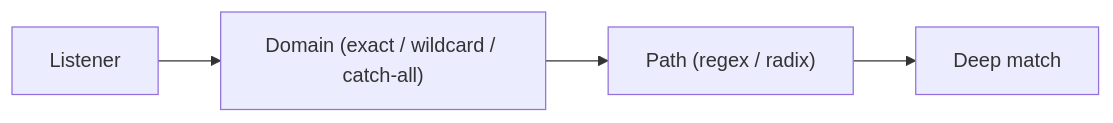
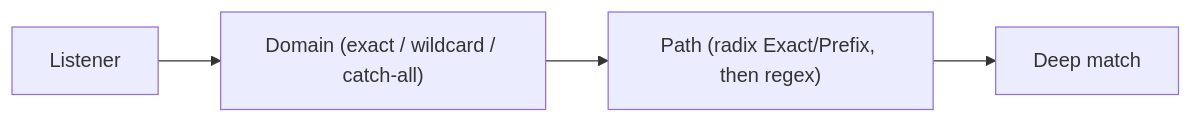
The first of 2 diagrams in skills/01-architecture/02-gateway/03-routes/SKILL.md (Pandaala/Edgion), drawn with Mermaid before and after one commit. The commit also changed other lines of this file and 2559 other files, not shown here.

````diff
--- a/skills/01-architecture/02-gateway/03-routes/SKILL.md
+++ b/skills/01-architecture/02-gateway/03-routes/SKILL.md
@@ -22,6 +22,6 @@
 ```mermaid
 flowchart LR
     A["Listener"] --> B["Domain (exact / wildcard / catch-all)"]
-    B --> C["Path (regex / radix)"]
+    B --> C["Path (radix Exact/Prefix, then regex)"]
     C --> D["Deep match"]
 ```
````
